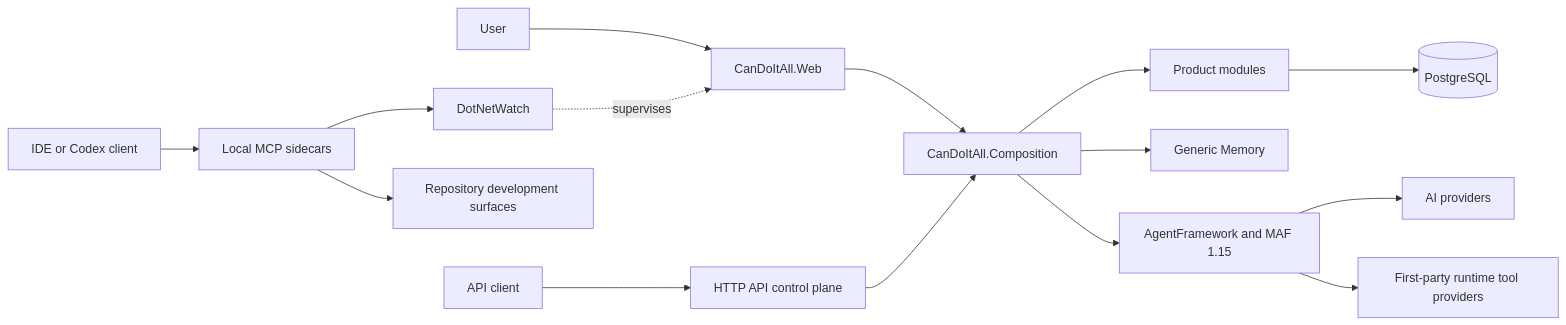
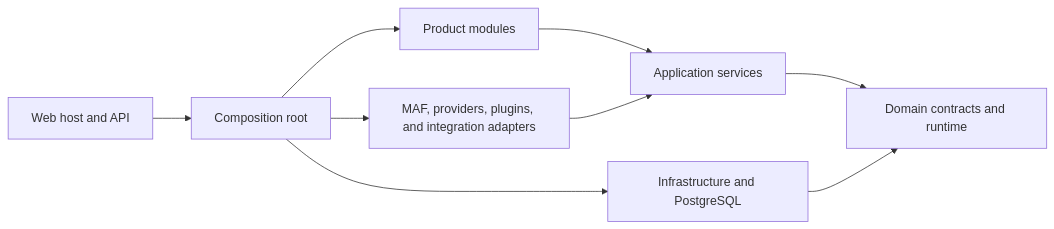
The diagram in README.md (fyziktom/CanDoItAll), drawn with Mermaid before and after one commit. The commit also changed other lines of this file and 665 other files, not shown here.

````diff
--- a/README.md
+++ b/README.md
@@ -38,17 +95,11 @@
 ```mermaid
 flowchart LR
-    User["User"] --> Web["CanDoItAll.Web"]
-    Client["API client"] --> Api["HTTP API control plane"]
-    Web --> Composition["CanDoItAll.Composition"]
-    Api --> Composition
+    Web["Web host and API"] --> Composition["Composition root"]
     Composition --> Modules["Product modules"]
-    Composition --> Memory["Generic Memory"]
-    Composition --> AgentFramework["AgentFramework and MAF 1.15"]
-    Modules --> PostgreSQL[("PostgreSQL")]
-    AgentFramework --> Providers["AI providers"]
-    AgentFramework --> Tools["First-party runtime tool providers"]
-    Developer["IDE or Codex client"] --> Sidecars["Local MCP sidecars"]
-    Sidecars --> DevSurfaces["Repository development surfaces"]
-    Sidecars --> DotNetWatch["DotNetWatch"]
-    DotNetWatch -. supervises .-> Web
+    Modules --> Application["Application services"]
+    Application --> Domain["Domain contracts and runtime"]
+    Composition --> Adapters["MAF, providers, plugins, and integration adapters"]
+    Adapters --> Application
+    Composition --> Infrastructure["Infrastructure and PostgreSQL"]
+    Infrastructure --> Domain
 ```
````
